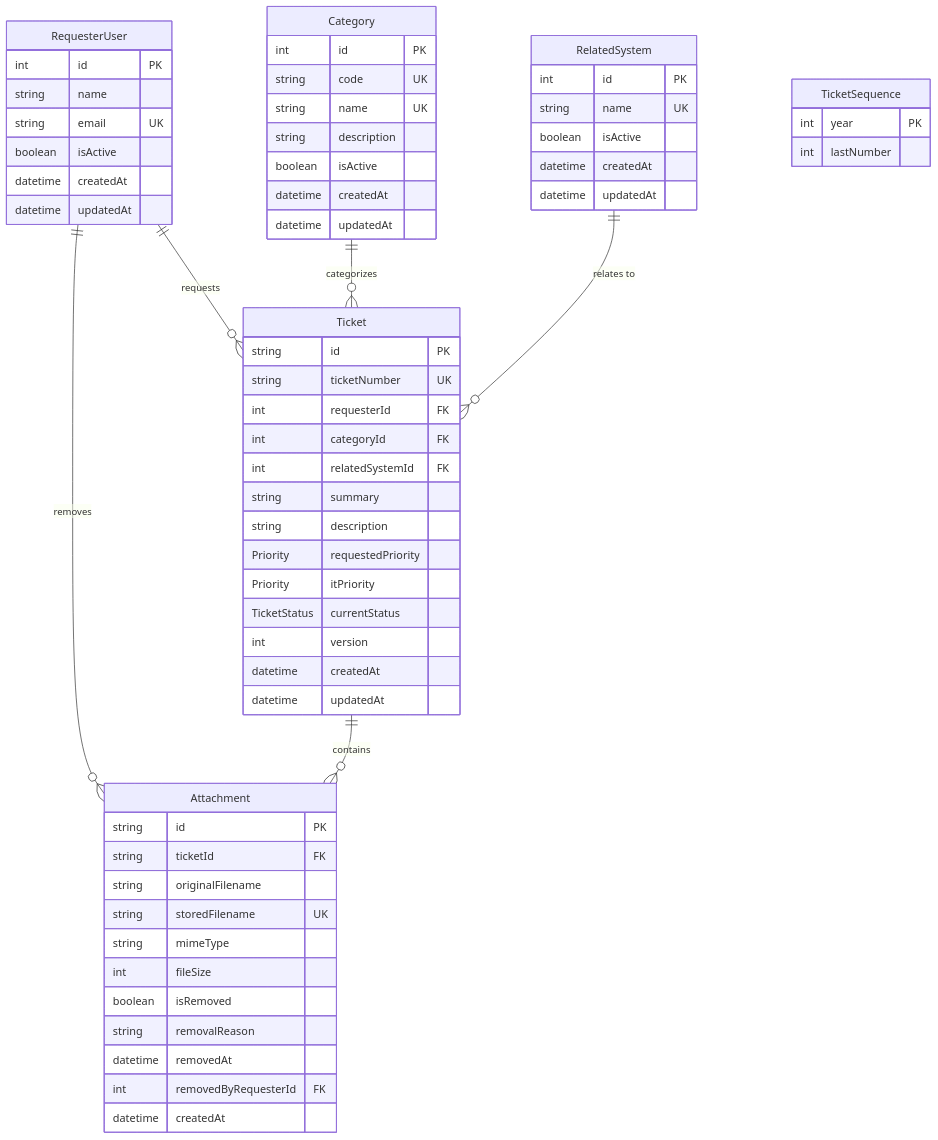
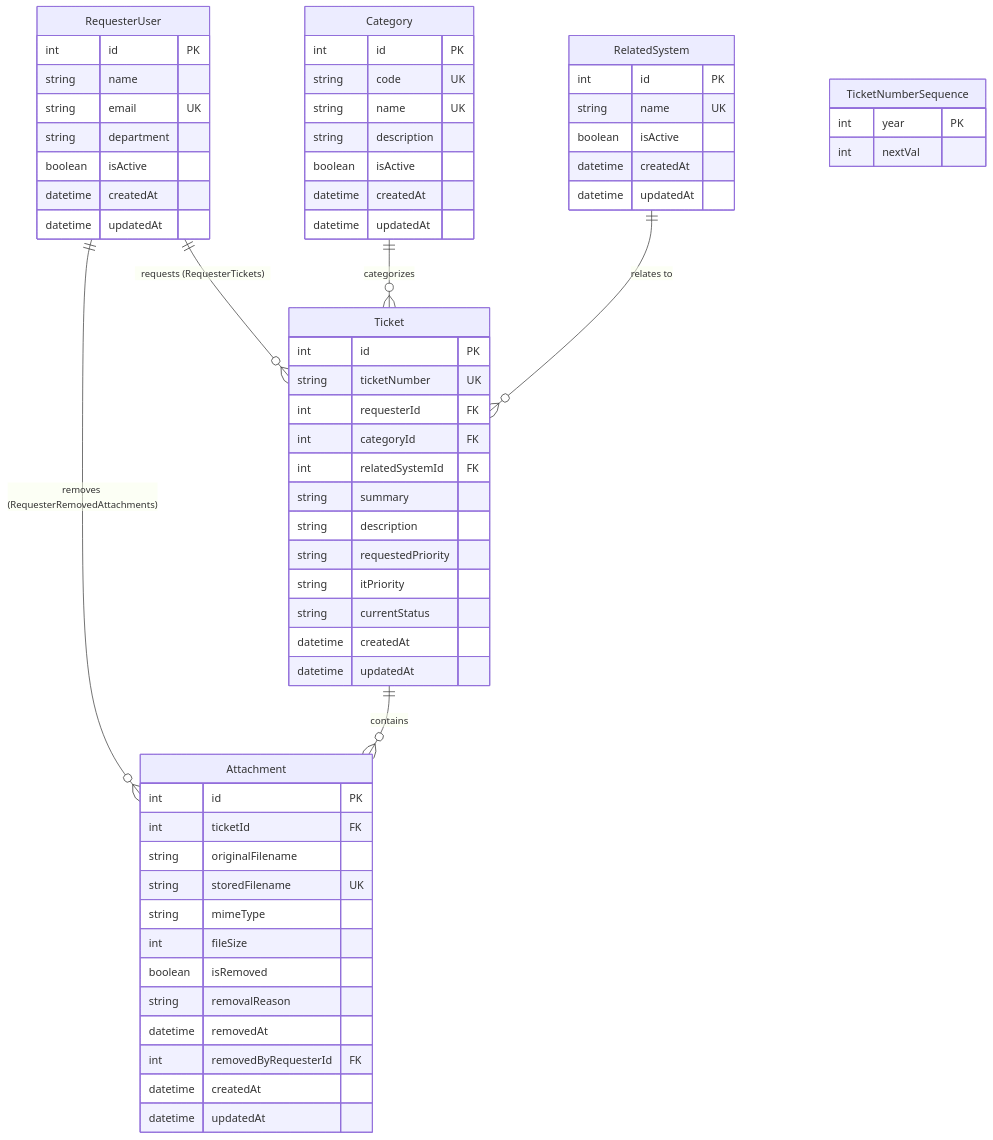
The diagram in docs/features/requester-context/contract.md (ShortXander101205/toktickit), drawn with Mermaid before and after one commit. The commit also changed other lines of this file and 6 other files, not shown here.

````diff
--- a/docs/features/requester-context/contract.md
+++ b/docs/features/requester-context/contract.md
@@ -59,70 +59,71 @@
 ```mermaid
 erDiagram
-    RequesterUser ||--o{ Ticket : "requests"
-    RequesterUser ||--o{ Attachment : "removes"
+    RequesterUser ||--o{ Ticket : "requests (RequesterTickets)"
+    RequesterUser ||--o{ Attachment : "removes (RequesterRemovedAttachments)"
     Category ||--o{ Ticket : "categorizes"
     RelatedSystem ||--o{ Ticket : "relates to"
     Ticket ||--o{ Attachment : "contains"
 
     RequesterUser {
         int id PK
         string name
         string email UK
+        string department
         boolean isActive
         datetime createdAt
         datetime updatedAt
     }
 
     RelatedSystem {
         int id PK
         string name UK
         boolean isActive
         datetime createdAt
         datetime updatedAt
     }
 
     Category {
         int id PK
         string code UK
         string name UK
         string description
         boolean isActive
         datetime createdAt
         datetime updatedAt
     }
 
     Ticket {
-        string id PK
+        int id PK
         string ticketNumber UK
         int requesterId FK
         int categoryId FK
         int relatedSystemId FK
         string summary
         string description
-        Priority requestedPriority
-        Priority itPriority
-        TicketStatus currentStatus
-        int version
+        string requestedPriority
+        string itPriority
+        string currentStatus
         datetime createdAt
         datetime updatedAt
     }
 
     Attachment {
-        string id PK
-        string ticketId FK
+        int id PK
+        int ticketId FK
         string originalFilename
         string storedFilename UK
         string mimeType
         int fileSize
         boolean isRemoved
         string removalReason
         datetime removedAt
         int removedByRequesterId FK
         datetime createdAt
+        datetime updatedAt
     }
 
-    TicketSequence {
+    TicketNumberSequence {
         int year PK
-        int lastNumber
+        int nextVal
     }
 ```
````
